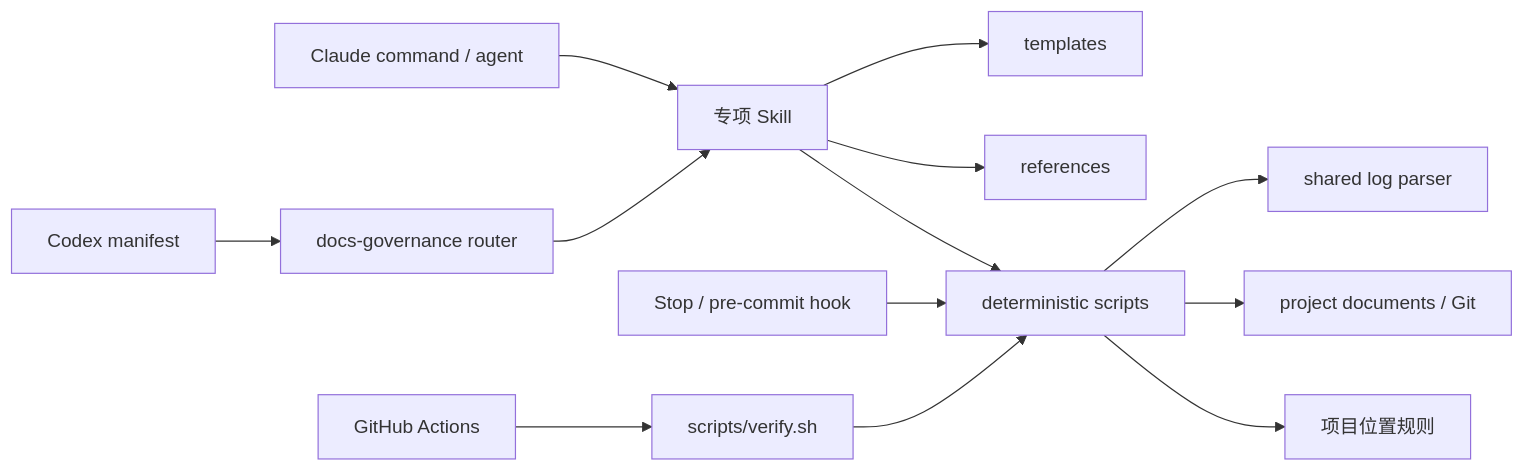
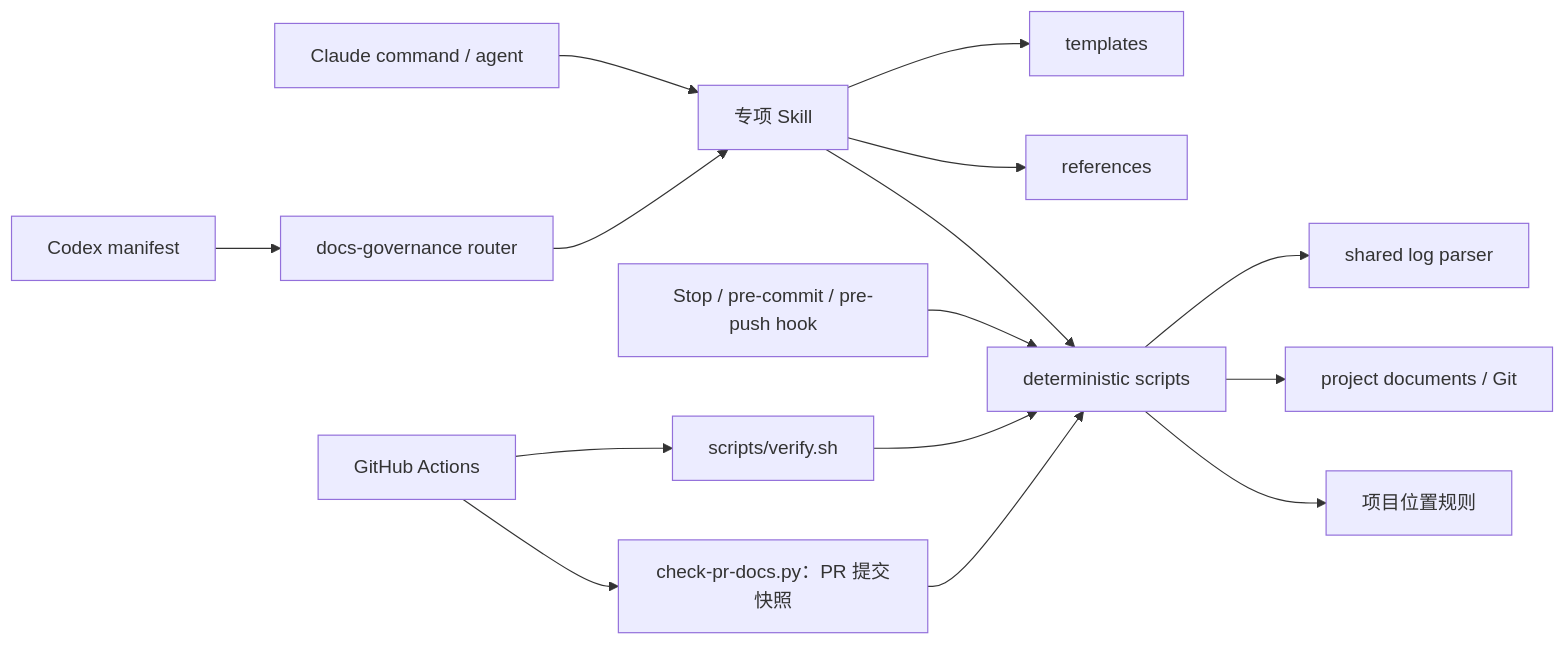
One commit to qshanx/docs-governance changed the first of 2 diagrams in ARCHITECTURE.md. Above: the diagram before and after it, drawn with Mermaid. The commit also changed other lines of this file and 21 other files, not shown here.

````diff
--- a/ARCHITECTURE.md
+++ b/ARCHITECTURE.md
@@ -22,15 +22,17 @@
 ```mermaid
 flowchart LR
     CODEX["Codex manifest"] --> ROUTER["docs-governance router"]
     CLAUDE["Claude command / agent"] --> SKILL["专项 Skill"]
     ROUTER --> SKILL
     SKILL --> TEMPLATE["templates"]
     SKILL --> REFERENCE["references"]
     SKILL --> SCRIPT["deterministic scripts"]
     SCRIPT --> LOGFORMAT["shared log parser"]
     SCRIPT --> FACTS["project documents / Git"]
-    HOOK["Stop / pre-commit hook"] --> SCRIPT
+    HOOK["Stop / pre-commit / pre-push hook"] --> SCRIPT
     SCRIPT --> POLICY["项目位置规则"]
     CI["GitHub Actions"] --> VERIFY["scripts/verify.sh"]
     VERIFY --> SCRIPT
+    CI --> PRSCAN["check-pr-docs.py：PR 提交快照"]
+    PRSCAN --> SCRIPT
 ```
````
